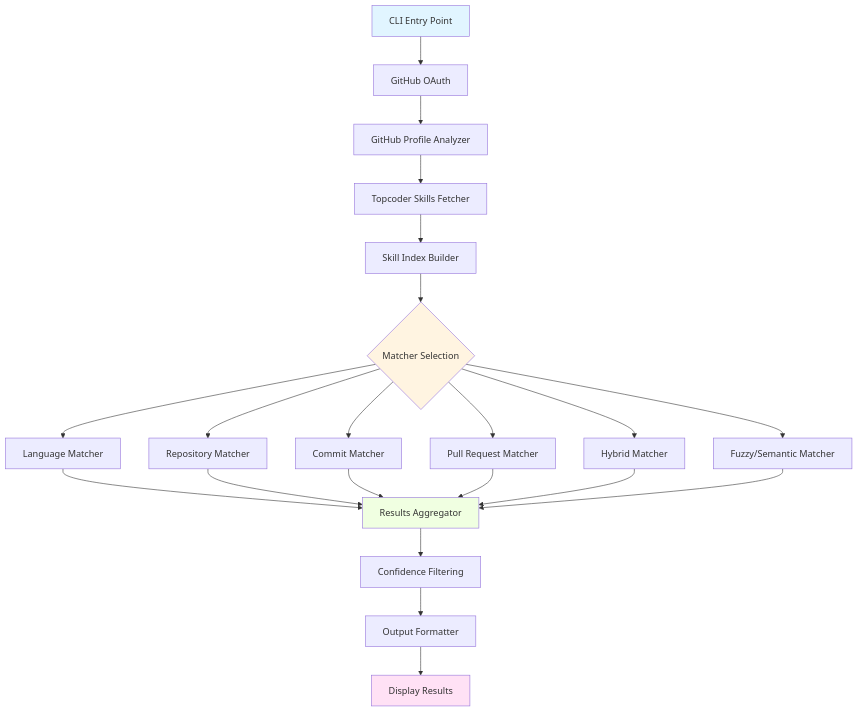
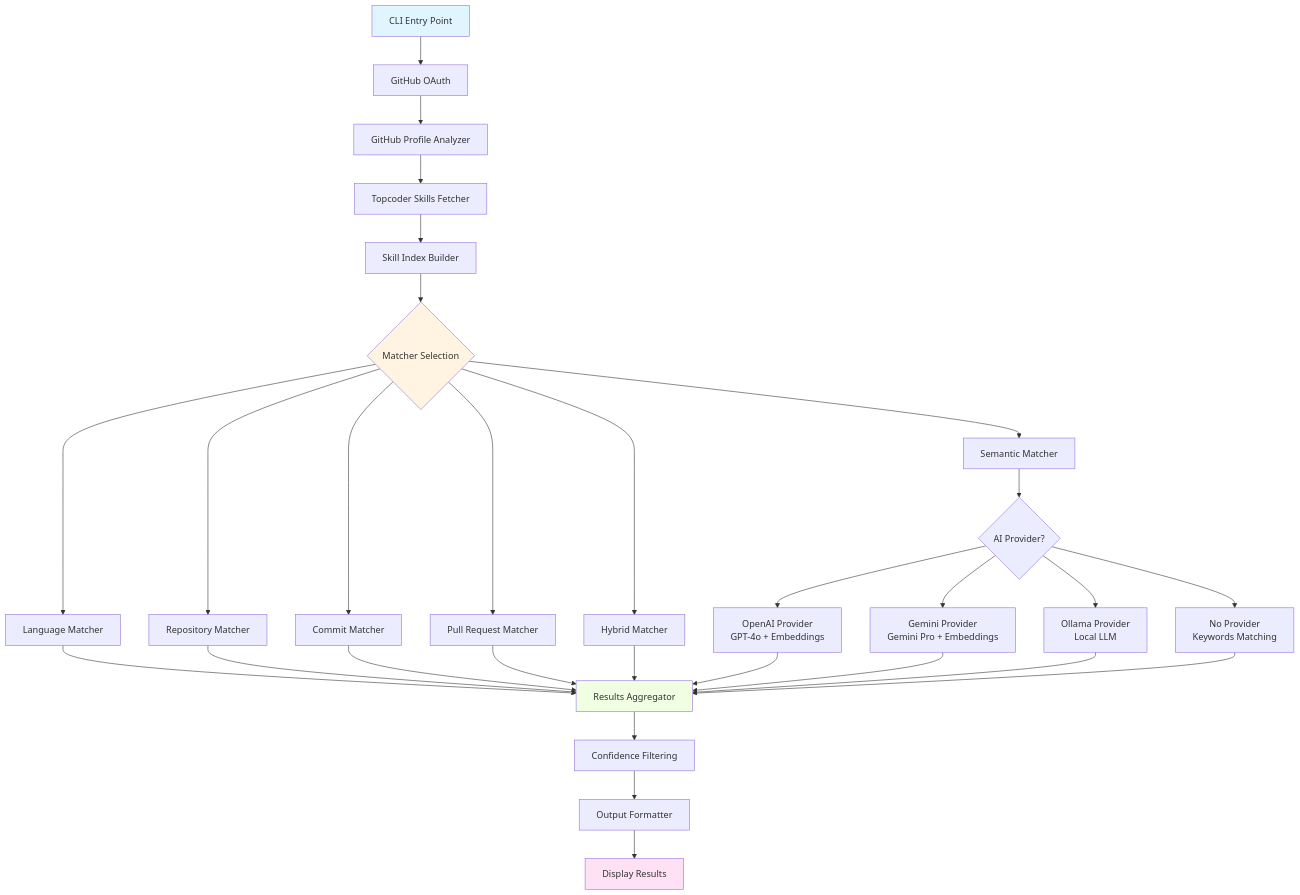
The first of 17 diagrams in docs/ARCHITECTURE.md (kondekarshubham123/Topcoder-Github-Skill-Import), drawn with Mermaid before and after one commit. The commit also changed other lines of this file and 6 other files, not shown here.

Commit message:
AI Provider flags have been Added .. Support Ollama, Gemini, OpenAI

````diff
--- a/docs/ARCHITECTURE.md
+++ b/docs/ARCHITECTURE.md
@@ -9,31 +9,40 @@
 ```mermaid
 graph TB
     A[CLI Entry Point] --> B[GitHub OAuth]
     B --> C[GitHub Profile Analyzer]
     C --> D[Topcoder Skills Fetcher]
     D --> E[Skill Index Builder]
     E --> F{Matcher Selection}
     
     F --> G1[Language Matcher]
     F --> G2[Repository Matcher]
     F --> G3[Commit Matcher]
     F --> G4[Pull Request Matcher]
     F --> G5[Hybrid Matcher]
-    F --> G6[Fuzzy/Semantic Matcher]
-    
+    F --> G6[Semantic Matcher]
+
+    G6 --> AI{AI Provider?}
+    AI --> AI1[OpenAI Provider<br/>GPT-4o + Embeddings]
+    AI --> AI2[Gemini Provider<br/>Gemini Pro + Embeddings]
+    AI --> AI3[Ollama Provider<br/>Local LLM]
+    AI --> AI4[No Provider<br/>Keywords Matching]    
+
     G1 --> H[Results Aggregator]
     G2 --> H
     G3 --> H
     G4 --> H
     G5 --> H
-    G6 --> H
+    AI1 --> H
+    AI2 --> H
+    AI3 --> H
+    AI4 --> H
     
     H --> I[Confidence Filtering]
     I --> J[Output Formatter]
     J --> K[Display Results]
     
     style A fill:#e1f5ff
     style F fill:#fff4e1
     style H fill:#f0ffe1
     style K fill:#ffe1f5
 ```
````
